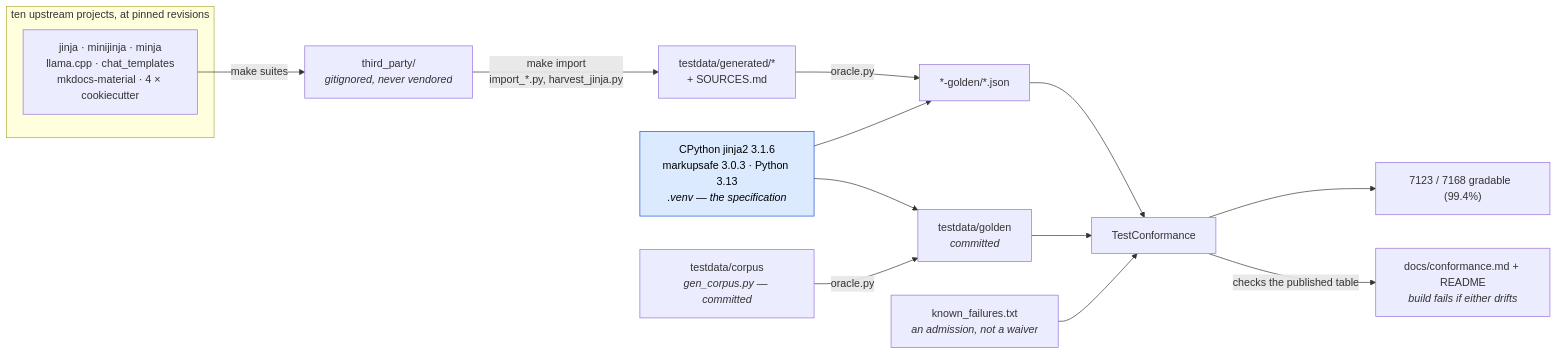
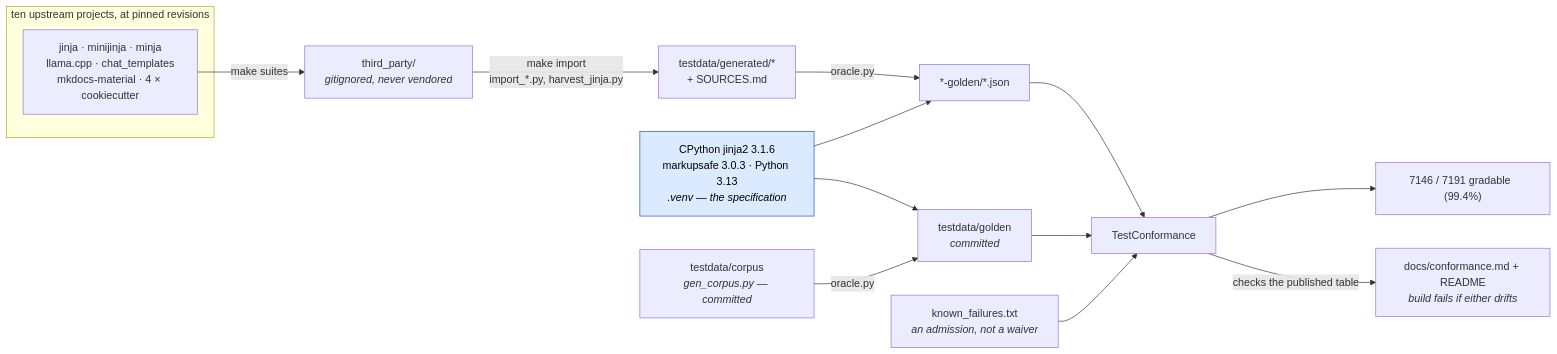
Before and after one commit to mgilbir/gojja2: the first of 2 diagrams in docs/conformance.md, drawn with Mermaid. The commit also changed other lines of this file and 80 other files, not shown here.

````diff
--- a/docs/conformance.md
+++ b/docs/conformance.md
@@ -17,24 +17,24 @@
 ```mermaid
 flowchart LR
     subgraph up["ten upstream projects, at pinned revisions"]
         U1["jinja · minijinja · minja<br/>llama.cpp · chat_templates<br/>mkdocs-material · 4 × cookiecutter"]
     end
     U1 -->|"make suites"| TP["third_party/<br/><i>gitignored, never vendored</i>"]
     TP -->|"make import<br/>import_*.py, harvest_jinja.py"| GEN["testdata/generated/*<br/>+ SOURCES.md"]
 
     ORA["CPython jinja2 3.1.6<br/>markupsafe 3.0.3 · Python 3.13<br/><i>.venv — the specification</i>"]
     GEN -->|"oracle.py"| G2["*-golden/*.json"]
     ORA --> G2
 
     OWN["testdata/corpus<br/><i>gen_corpus.py — committed</i>"] -->|"oracle.py"| G1["testdata/golden<br/><i>committed</i>"]
     ORA --> G1
 
     G1 --> TC["TestConformance"]
     G2 --> TC
     KF["known_failures.txt<br/><i>an admission, not a waiver</i>"] --> TC
-    TC --> RATE["7123 / 7168 gradable  (99.4%)"]
+    TC --> RATE["7146 / 7191 gradable  (99.4%)"]
     TC -->|"checks the published table"| RM["docs/conformance.md + README<br/><i>build fails if either drifts</i>"]
 
     classDef spec fill:#dbeafe,stroke:#1d4ed8,color:#000
     class ORA spec
 ```
````
